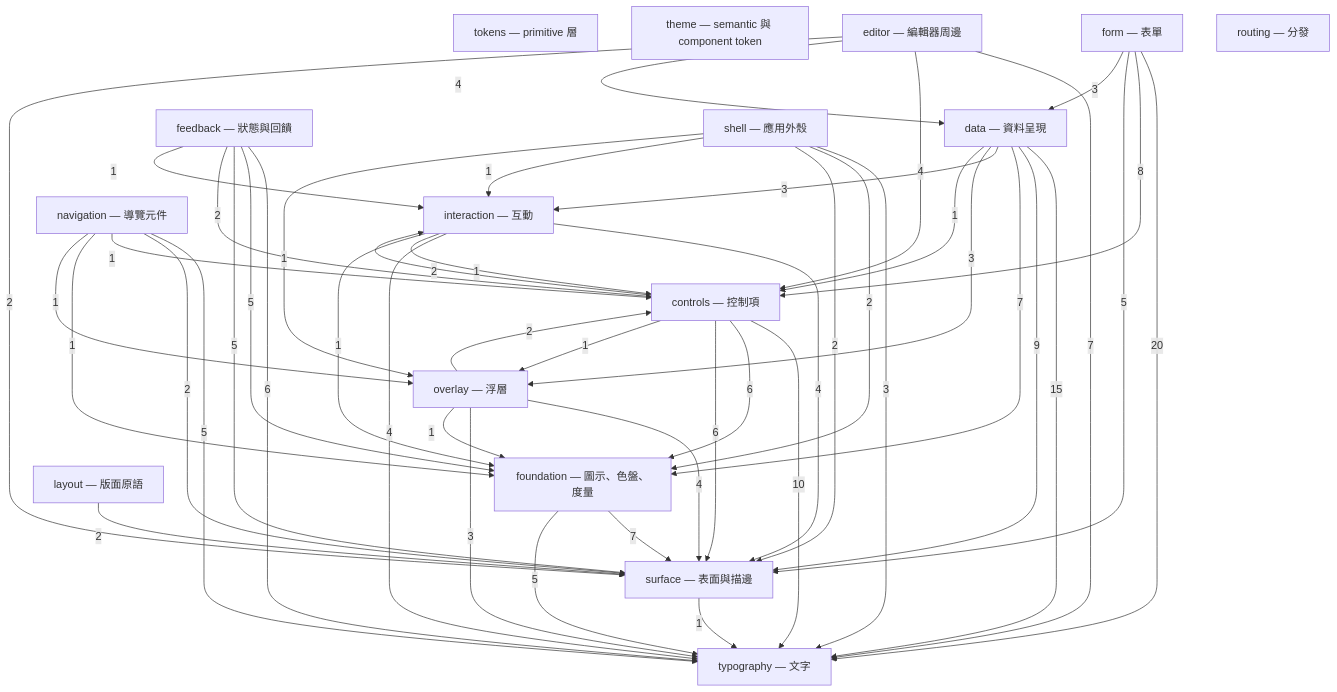
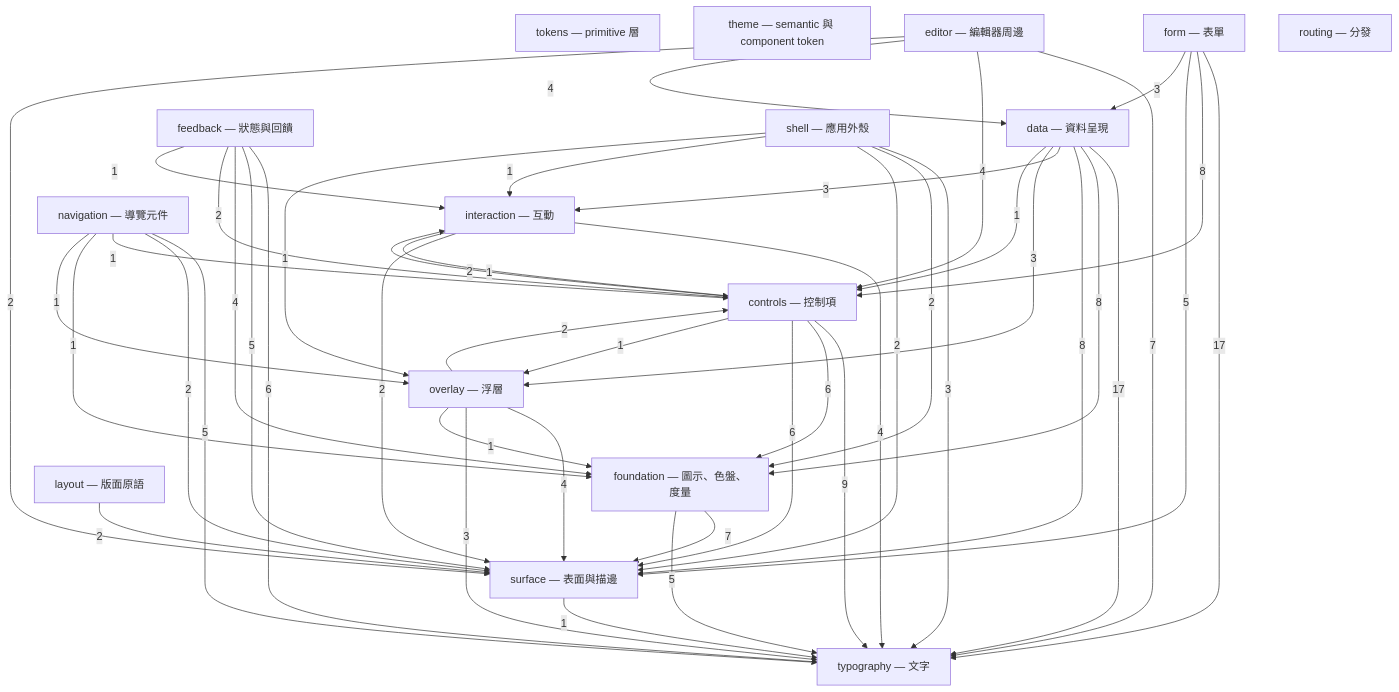
The first of 16 diagrams in spec/component-inventory.md (MiuDog/Kallopis), drawn with Mermaid before and after one commit. The commit also changed other lines of this file and 8 other files, not shown here.

First line of the commit message:
feat(data): add KlpAccordion, KlpStepper, KlpTimeline

````diff
--- a/spec/component-inventory.md
+++ b/spec/component-inventory.md
@@ -18,65 +18,64 @@
 ```mermaid
 graph TD
   tokens["tokens — primitive 層"]
   theme["theme — semantic 與 component token"]
   foundation["foundation — 圖示、色盤、度量"]
   typography["typography — 文字"]
   surface["surface — 表面與描邊"]
   interaction["interaction — 互動"]
   layout["layout — 版面原語"]
   overlay["overlay — 浮層"]
   controls["controls — 控制項"]
   data["data — 資料呈現"]
   form["form — 表單"]
   feedback["feedback — 狀態與回饋"]
   navigation["navigation — 導覽元件"]
   editor["editor — 編輯器周邊"]
   routing["routing — 分發"]
   shell["shell — 應用外殼"]
-  form -->|20| typography
-  data -->|15| typography
-  controls -->|10| typography
-  data -->|9| surface
+  data -->|17| typography
+  form -->|17| typography
+  controls -->|9| typography
+  data -->|8| foundation
+  data -->|8| surface
   form -->|8| controls
-  data -->|7| foundation
   editor -->|7| typography
   foundation -->|7| surface
   controls -->|6| foundation
   controls -->|6| surface
   feedback -->|6| typography
-  feedback -->|5| foundation
   feedback -->|5| surface
   form -->|5| surface
   foundation -->|5| typography
   navigation -->|5| typography
   editor -->|4| controls
   editor -->|4| data
-  interaction -->|4| surface
+  feedback -->|4| foundation
   interaction -->|4| typography
   overlay -->|4| surface
   data -->|3| interaction
   data -->|3| overlay
   form -->|3| data
   overlay -->|3| typography
   shell -->|3| typography
   controls -->|2| interaction
   editor -->|2| surface
   feedback -->|2| controls
+  interaction -->|2| surface
   layout -->|2| surface
   navigation -->|2| surface
   overlay -->|2| controls
   shell -->|2| foundation
   shell -->|2| surface
   controls -->|1| overlay
   data -->|1| controls
   feedback -->|1| interaction
   interaction -->|1| controls
-  interaction -->|1| foundation
   navigation -->|1| controls
   navigation -->|1| foundation
   navigation -->|1| overlay
   overlay -->|1| foundation
   shell -->|1| interaction
   shell -->|1| overlay
   surface -->|1| typography
 ```
````
